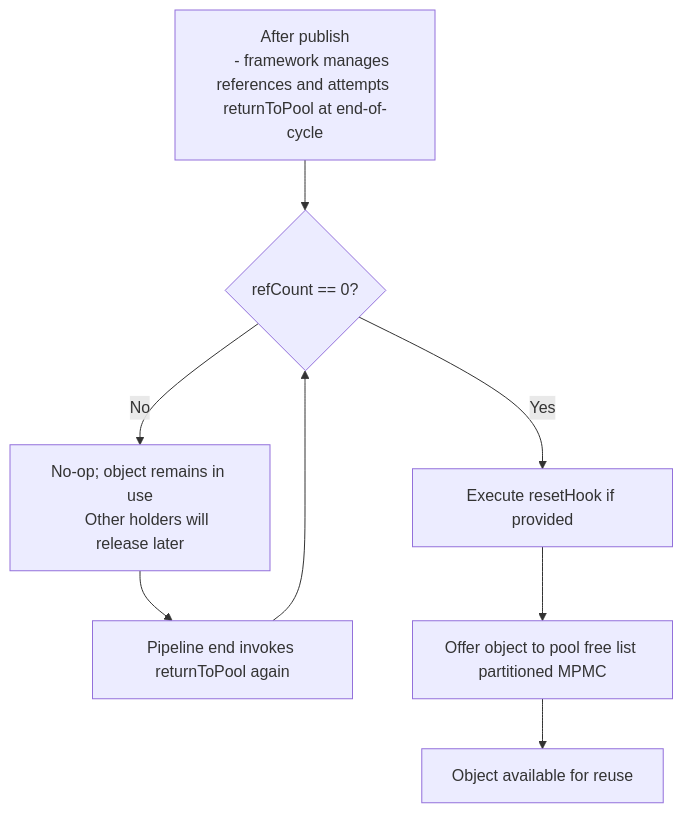
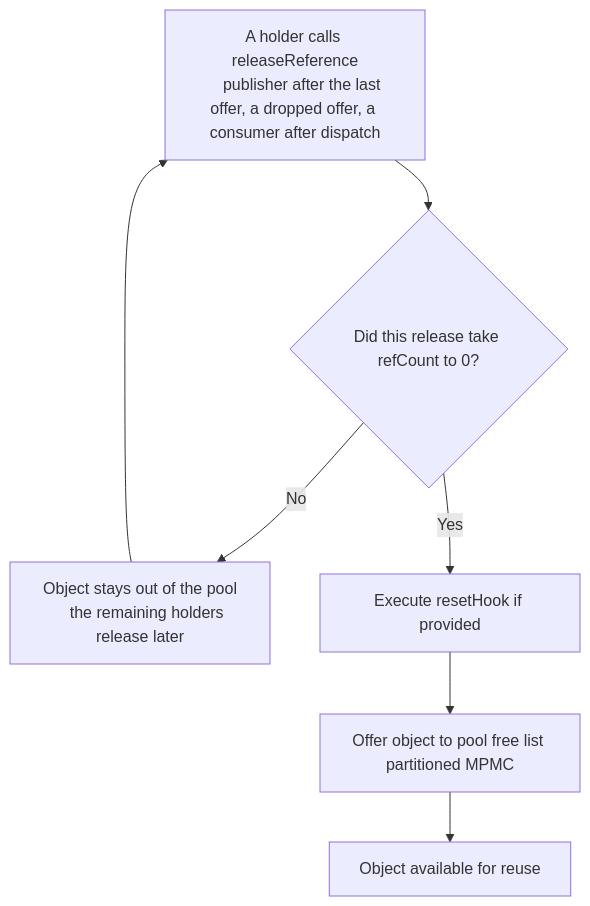
The third of 3 diagrams in docs/architecture/object_pooling.md (telaminai/mongoose), drawn with Mermaid before and after one commit. The commit also changed other lines of this file and 2 other files, not shown here.

First line of the commit message:
docs(pool): describe the last-release model and the ABA limit of a late release

````diff
--- a/docs/architecture/object_pooling.md
+++ b/docs/architecture/object_pooling.md
@@ -163,12 +160,11 @@
 ```mermaid
 flowchart TD
-    A[After publish
-    - framework manages references and attempts returnToPool at end-of-cycle] --> B{refCount == 0?}
-    B -- No --> C[No-op; object remains in use
-    Other holders will release later]
-    C --> D[Pipeline end invokes returnToPool again]
-    D --> B
+    A[A holder calls releaseReference
+    publisher after the last offer, a dropped offer, a consumer after dispatch] --> B{Did this release take refCount to 0?}
+    B -- No --> C[Object stays out of the pool
+    the remaining holders release later]
+    C --> A
     B -- Yes --> E[Execute resetHook if provided]
     E --> F[Offer object to pool free list partitioned MPMC]
     F --> G[Object available for reuse]
 ```
````
